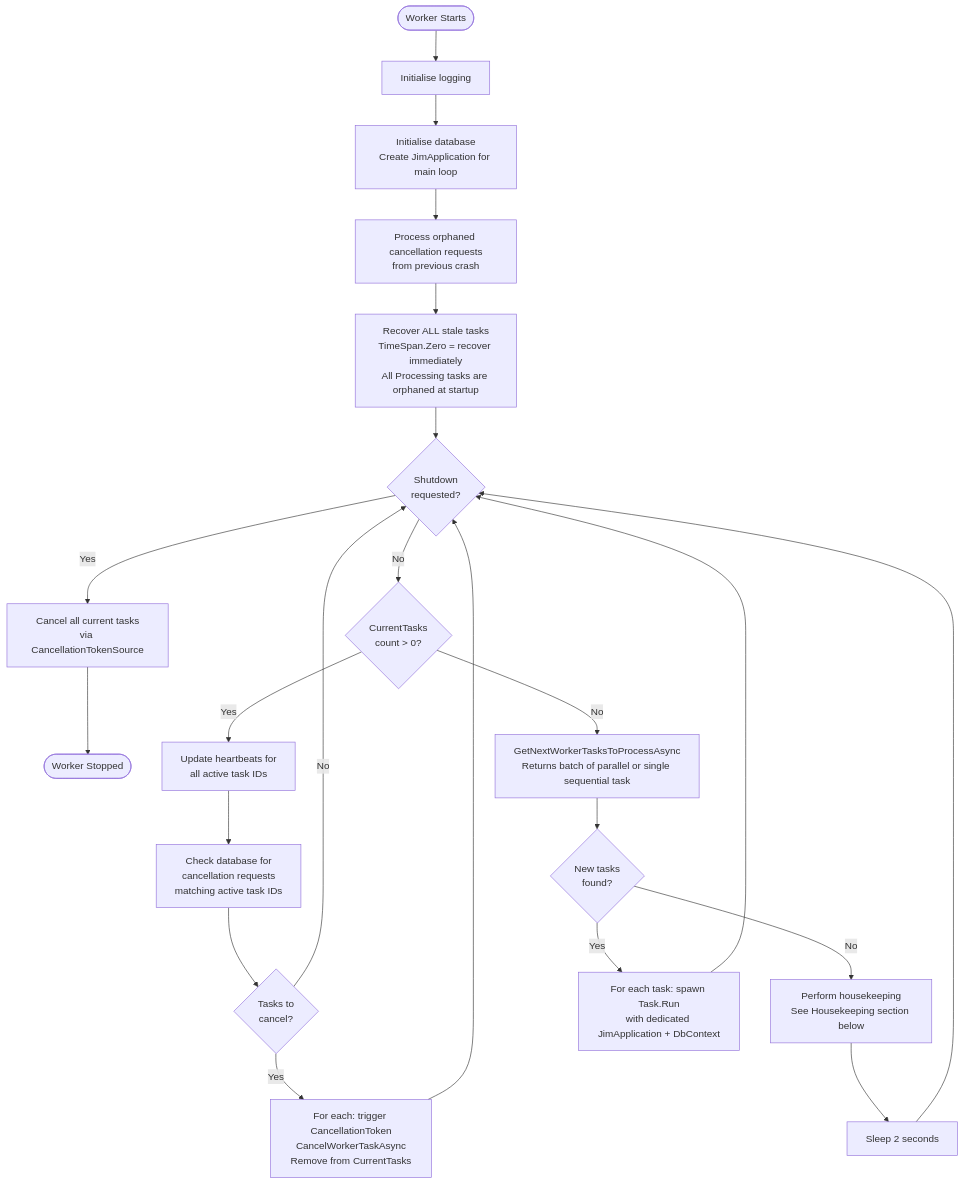
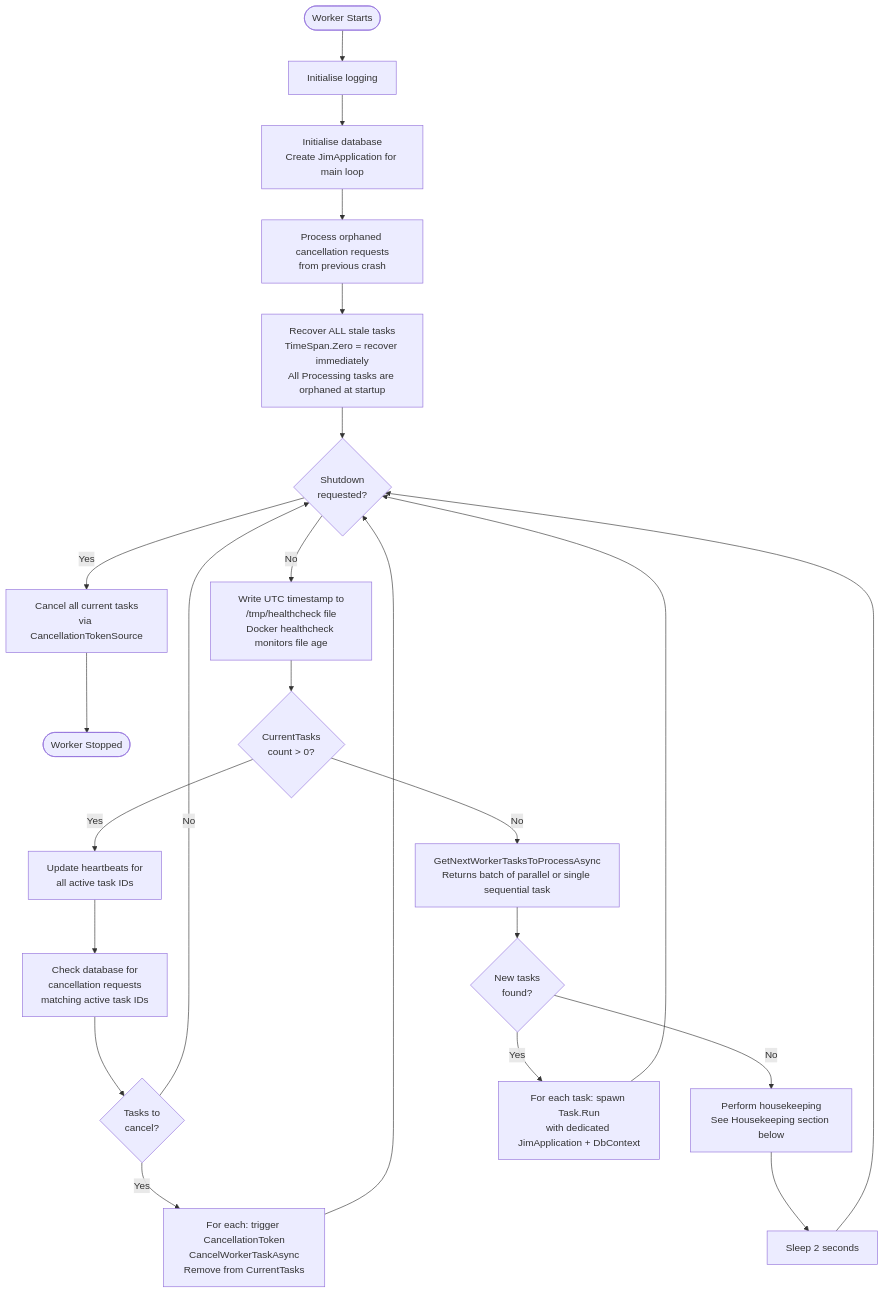
The first of 4 diagrams in docs/diagrams/mermaid/WORKER_TASK_LIFECYCLE.md (TetronIO/JIM), drawn with Mermaid before and after one commit. The commit also changed other lines of this file and 27 other files, not shown here.

````diff
--- a/docs/diagrams/mermaid/WORKER_TASK_LIFECYCLE.md
+++ b/docs/diagrams/mermaid/WORKER_TASK_LIFECYCLE.md
@@ -9,32 +9,33 @@
 ```mermaid
 flowchart TD
     Start([Worker Starts]) --> InitLog[Initialise logging]
     InitLog --> InitDb[Initialise database<br/>Create JimApplication for main loop]
 
     InitDb --> CancelOrphans[Process orphaned cancellation requests<br/>from previous crash]
     CancelOrphans --> RecoverStale[Recover ALL stale tasks<br/>TimeSpan.Zero = recover immediately<br/>All Processing tasks are orphaned at startup]
 
     RecoverStale --> MainLoop{Shutdown<br/>requested?}
     MainLoop -->|Yes| ShutdownCancel[Cancel all current tasks<br/>via CancellationTokenSource]
     ShutdownCancel --> End([Worker Stopped])
 
-    MainLoop -->|No| HasTasks{CurrentTasks<br/>count > 0?}
+    MainLoop -->|No| TouchHealth[Write UTC timestamp to<br/>/tmp/healthcheck file<br/>Docker healthcheck monitors file age]
+    TouchHealth --> HasTasks{CurrentTasks<br/>count > 0?}
 
     %% --- Active tasks: heartbeat + cancellation ---
     HasTasks -->|Yes| Heartbeat[Update heartbeats for<br/>all active task IDs]
     Heartbeat --> CheckCancel[Check database for<br/>cancellation requests<br/>matching active task IDs]
     CheckCancel --> AnyCancel{Tasks to<br/>cancel?}
     AnyCancel -->|Yes| DoCancel[For each: trigger CancellationToken<br/>CancelWorkerTaskAsync<br/>Remove from CurrentTasks]
     AnyCancel -->|No| MainLoop
     DoCancel --> MainLoop
 
     %% --- No active tasks: poll for new work ---
     HasTasks -->|No| PollQueue[GetNextWorkerTasksToProcessAsync<br/>Returns batch of parallel or single sequential task]
     PollQueue --> HasNew{New tasks<br/>found?}
     HasNew -->|No| Housekeeping[Perform housekeeping<br/>See Housekeeping section below]
     Housekeeping --> Sleep[Sleep 2 seconds]
     Sleep --> MainLoop
 
     HasNew -->|Yes| Dispatch[For each task: spawn Task.Run<br/>with dedicated JimApplication + DbContext]
     Dispatch --> MainLoop
 ```
````
